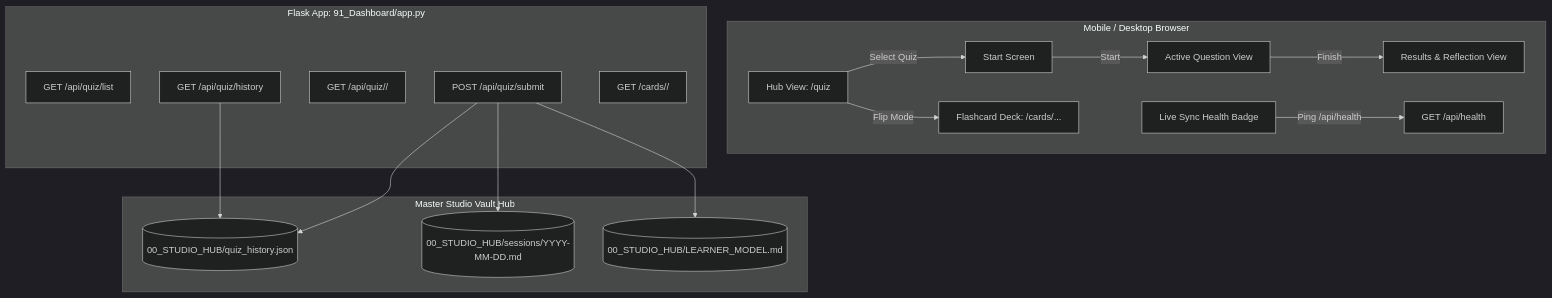
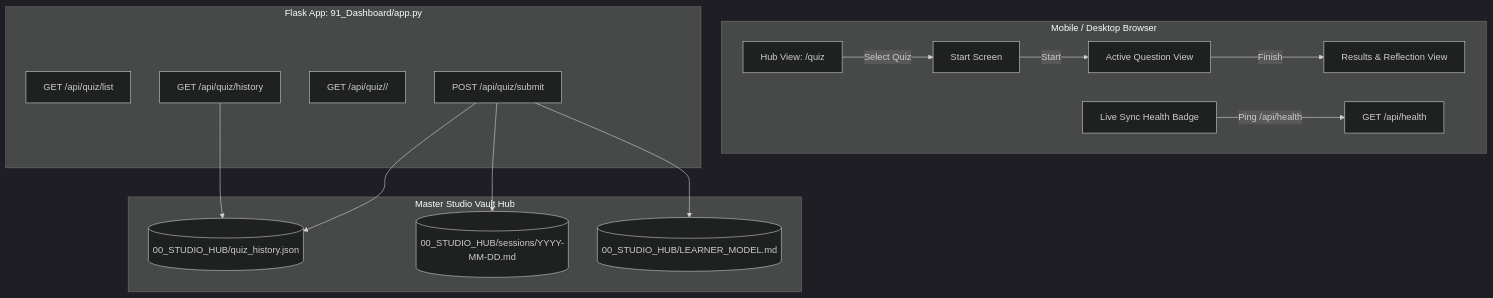
Before and after one commit to AboALhasanx/master-studio: the diagram in docs/superpowers/specs/2026-09-25-quiz-system-overhaul-design.md, drawn with Mermaid (dark theme). The commit also changed other lines of this file and 8 other files, not shown here.

````diff
--- a/docs/superpowers/specs/2026-09-25-quiz-system-overhaul-design.md
+++ b/docs/superpowers/specs/2026-09-25-quiz-system-overhaul-design.md
@@ -33,30 +32,28 @@
 ```mermaid
 graph TD
     subgraph Client [Mobile / Desktop Browser]
         A1[Hub View: /quiz] -->|Select Quiz| A2[Start Screen]
         A2 -->|Start| A3[Active Question View]
         A3 -->|Finish| A4[Results & Reflection View]
-        A1 -->|Flip Mode| A5[Flashcard Deck: /cards/...]
         H[Live Sync Health Badge] -->|Ping /api/health| B1
     end
 
     subgraph Server [Flask App: 91_Dashboard/app.py]
         B1[GET /api/health]
         B2[GET /api/quiz/list]
         B3[GET /api/quiz/history]
         B4[GET /api/quiz/<subj>/<id>]
         B5[POST /api/quiz/submit]
-        B6[GET /cards/<subj>/<id>]
     end
 
     subgraph Storage [Master Studio Vault Hub]
         C1[(00_STUDIO_HUB/quiz_history.json)]
         C2[(00_STUDIO_HUB/sessions/YYYY-MM-DD.md)]
         C3[(00_STUDIO_HUB/LEARNER_MODEL.md)]
     end
 
     B3 --> C1
     B5 --> C1
     B5 --> C2
     B5 --> C3
 ```
````
